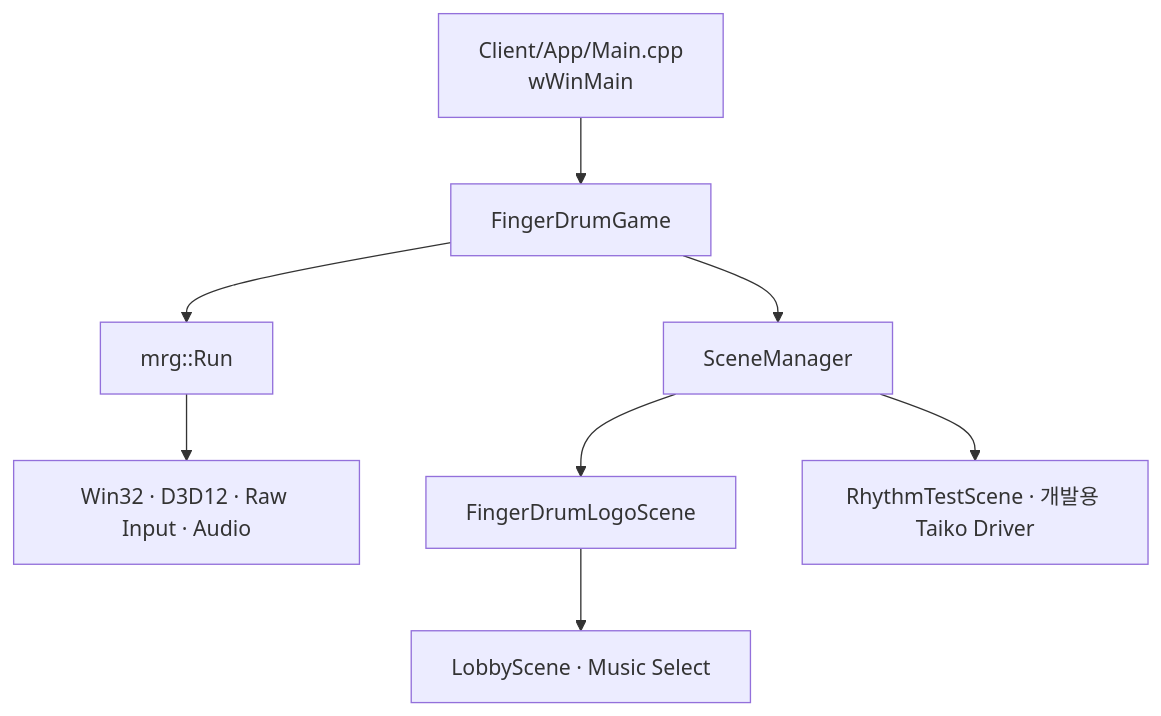
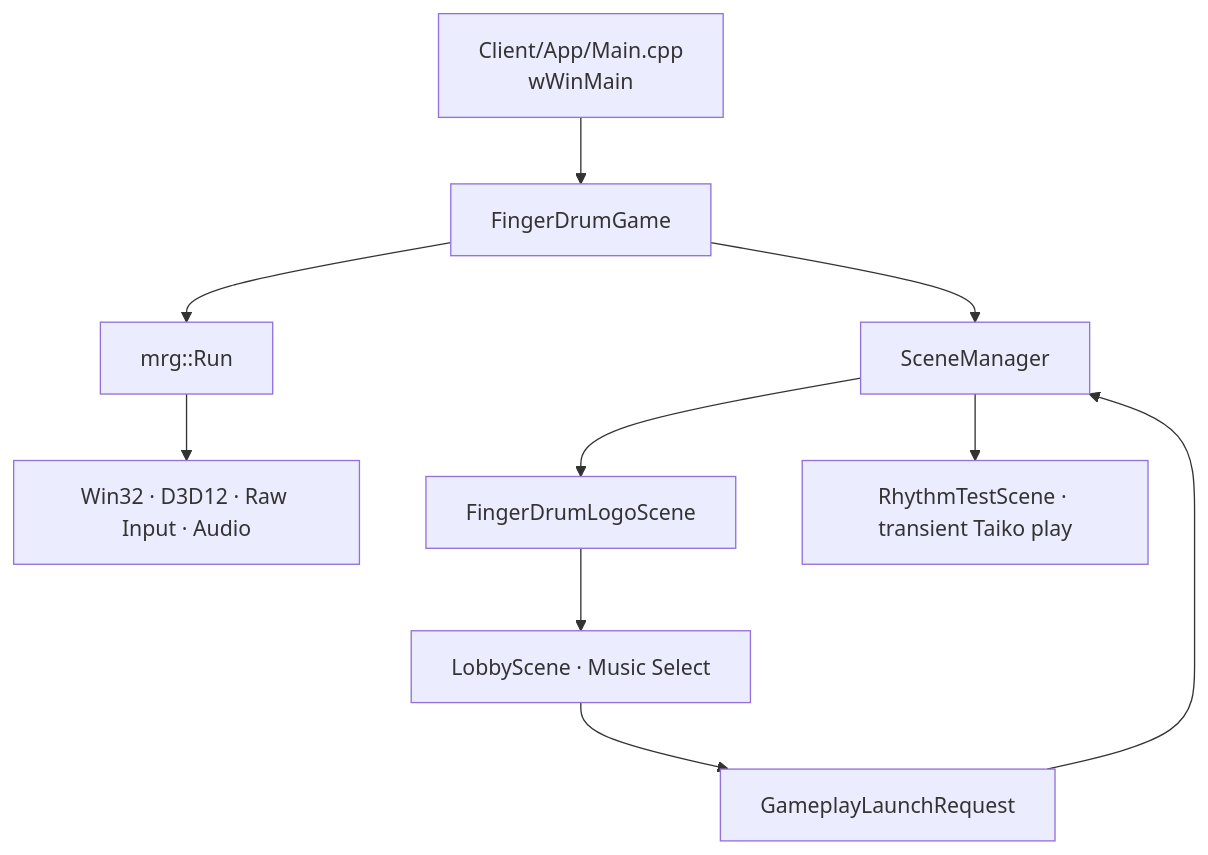
The diagram in Docs/ExecutionFlow.md (4dblackhole/MyRhythmGame-Client), drawn with Mermaid before and after one commit. The commit also changed other lines of this file and 79 other files, not shown here.

````diff
--- a/Docs/ExecutionFlow.md
+++ b/Docs/ExecutionFlow.md
@@ -6,10 +6,12 @@
 ```mermaid
 flowchart TD
     Entry["Client/App/Main.cpp\nwWinMain"] --> Game["FingerDrumGame"]
     Game --> Run["mrg::Run"]
     Run --> Systems["Win32 · D3D12 · Raw Input · Audio"]
     Game --> Manager["SceneManager"]
     Manager --> Logo["FingerDrumLogoScene"]
     Logo --> Lobby["LobbyScene · Music Select"]
-    Manager --> Test["RhythmTestScene · 개발용 Taiko Driver"]
+    Lobby --> Request["GameplayLaunchRequest"]
+    Request --> Manager
+    Manager --> Test["RhythmTestScene · transient Taiko play"]
 ```
````
